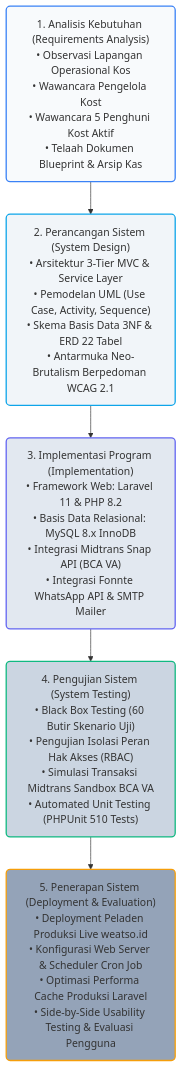
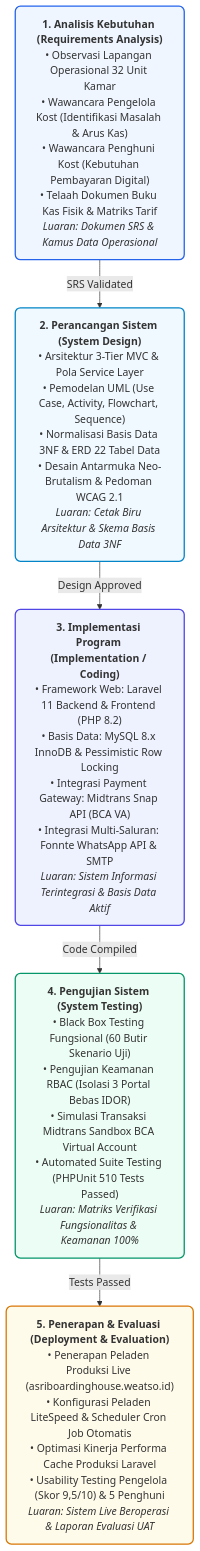
Before and after one commit to rafifarsyapradiva/asri-boarding-house: the first of 2 diagrams in Skripsi/Skripsi_Rafif_Arsya_Pradiva_22.N4.0014.md, drawn with Mermaid. The commit also changed 3 other files, not shown here.

Commit message:
docs(skripsi): perbarui gambar 3.1 diagram model waterfall resolusi tinggi dan eliminasi nama personal pada subbab 3.3

````diff
--- a/Skripsi/Skripsi_Rafif_Arsya_Pradiva_22.N4.0014.md
+++ b/Skripsi/Skripsi_Rafif_Arsya_Pradiva_22.N4.0014.md
@@ -663,13 +663,13 @@
 ```mermaid
 graph TD
-    A["1. Analisis Kebutuhan (Requirements Analysis)<br/>• Observasi Lapangan Operasional Kos<br/>• Wawancara Pengelola Kost<br/>• Wawancara 5 Penghuni Kost Aktif<br/>• Telaah Dokumen Blueprint & Arsip Kas"] --> B["2. Perancangan Sistem (System Design)<br/>• Arsitektur 3-Tier MVC & Service Layer<br/>• Pemodelan UML (Use Case, Activity, Sequence)<br/>• Skema Basis Data 3NF & ERD 22 Tabel<br/>• Antarmuka Neo-Brutalism Berpedoman WCAG 2.1"]
-    B --> C["3. Implementasi Program (Implementation)<br/>• Framework Web: Laravel 11 & PHP 8.2<br/>• Basis Data Relasional: MySQL 8.x InnoDB<br/>• Integrasi Midtrans Snap API (BCA VA)<br/>• Integrasi Fonnte WhatsApp API & SMTP Mailer"]
-    C --> D["4. Pengujian Sistem (System Testing)<br/>• Black Box Testing (60 Butir Skenario Uji)<br/>• Pengujian Isolasi Peran Hak Akses (RBAC)<br/>• Simulasi Transaksi Midtrans Sandbox BCA VA<br/>• Automated Unit Testing (PHPUnit 510 Tests)"]
-    D --> E["5. Penerapan Sistem (Deployment & Evaluation)<br/>• Deployment Peladen Produksi Live weatso.id<br/>• Konfigurasi Web Server & Scheduler Cron Job<br/>• Optimasi Performa Cache Produksi Laravel<br/>• Side-by-Side Usability Testing & Evaluasi Pengguna"]
+    A["<b>1. Analisis Kebutuhan (Requirements Analysis)</b><br/>• Observasi Lapangan Operasional 32 Unit Kamar<br/>• Wawancara Pengelola Kost (Identifikasi Masalah & Arus Kas)<br/>• Wawancara Penghuni Kost (Kebutuhan Pembayaran Digital)<br/>• Telaah Dokumen Buku Kas Fisik & Matriks Tarif<br/><i>Luaran: Dokumen SRS & Kamus Data Operasional</i>"] -->|"SRS Validated"| B["<b>2. Perancangan Sistem (System Design)</b><br/>• Arsitektur 3-Tier MVC & Pola Service Layer<br/>• Pemodelan UML (Use Case, Activity, Flowchart, Sequence)<br/>• Normalisasi Basis Data 3NF & ERD 22 Tabel Data<br/>• Desain Antarmuka Neo-Brutalism & Pedoman WCAG 2.1<br/><i>Luaran: Cetak Biru Arsitektur & Skema Basis Data 3NF</i>"]
+    B -->|"Design Approved"| C["<b>3. Implementasi Program (Implementation / Coding)</b><br/>• Framework Web: Laravel 11 Backend & Frontend (PHP 8.2)<br/>• Basis Data: MySQL 8.x InnoDB & Pessimistic Row Locking<br/>• Integrasi Payment Gateway: Midtrans Snap API (BCA VA)<br/>• Integrasi Multi-Saluran: Fonnte WhatsApp API & SMTP<br/><i>Luaran: Sistem Informasi Terintegrasi & Basis Data Aktif</i>"]
+    C -->|"Code Compiled"| D["<b>4. Pengujian Sistem (System Testing)</b><br/>• Black Box Testing Fungsional (60 Butir Skenario Uji)<br/>• Pengujian Keamanan RBAC (Isolasi 3 Portal Bebas IDOR)<br/>• Simulasi Transaksi Midtrans Sandbox BCA Virtual Account<br/>• Automated Suite Testing (PHPUnit 510 Tests Passed)<br/><i>Luaran: Matriks Verifikasi Fungsionalitas & Keamanan 100%</i>"]
+    D -->|"Tests Passed"| E["<b>5. Penerapan & Evaluasi (Deployment & Evaluation)</b><br/>• Penerapan Peladen Produksi Live (asriboardinghouse.weatso.id)<br/>• Konfigurasi Peladen LiteSpeed & Scheduler Cron Job Otomatis<br/>• Optimasi Kinerja Performa Cache Produksi Laravel<br/>• Usability Testing Pengelola (Skor 9,5/10) & 5 Penghuni<br/><i>Luaran: Sistem Live Beroperasi & Laporan Evaluasi UAT</i>"]
 
-    style A fill:#F8FAFC,stroke:#3B82F6,stroke-width:2px,rx:6px,ry:6px
-    style B fill:#F1F5F9,stroke:#0EA5E9,stroke-width:2px,rx:6px,ry:6px
-    style C fill:#E2E8F0,stroke:#6366F1,stroke-width:2px,rx:6px,ry:6px
-    style D fill:#CBD5E1,stroke:#10B981,stroke-width:2px,rx:6px,ry:6px
-    style E fill:#94A3B8,stroke:#F59E0B,stroke-width:2px,rx:6px,ry:6px
+    style A fill:#EFF6FF,stroke:#2563EB,stroke-width:2px,rx:8px,ry:8px
+    style B fill:#F0F9FF,stroke:#0284C7,stroke-width:2px,rx:8px,ry:8px
+    style C fill:#EEF2FF,stroke:#4F46E5,stroke-width:2px,rx:8px,ry:8px
+    style D fill:#ECFDF5,stroke:#059669,stroke-width:2px,rx:8px,ry:8px
+    style E fill:#FFFBEB,stroke:#D97706,stroke-width:2px,rx:8px,ry:8px
 ```
````
